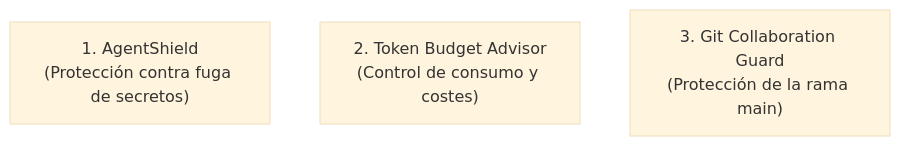
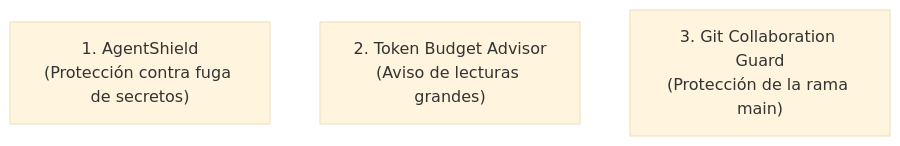
One commit to Snakeblack/ospec-workflow changed the diagram in openwiki/security/guardrails.md. Above: the diagram before and after it, drawn with Mermaid (base theme). The commit also changed other lines of this file and 27 other files, not shown here.

````diff
--- a/openwiki/security/guardrails.md
+++ b/openwiki/security/guardrails.md
@@ -9,9 +9,9 @@
 ```mermaid
 flowchart TD
     G1["1. AgentShield
 (Protección contra fuga de secretos)"]
     G2["2. Token Budget Advisor
-(Control de consumo y costes)"]
+(Aviso de lecturas grandes)"]
     G3["3. Git Collaboration Guard
 (Protección de la rama main)"]
 ```
````
